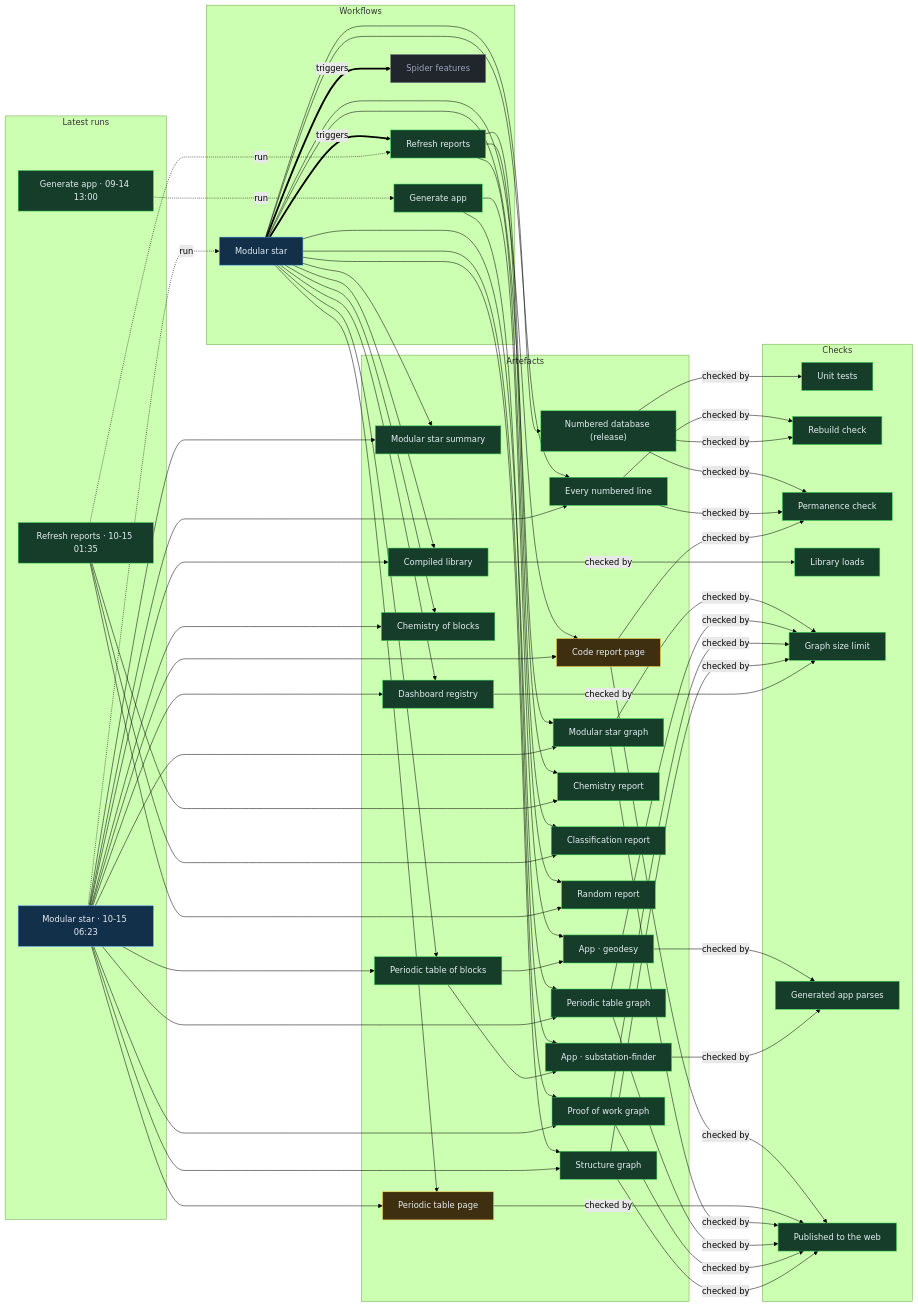
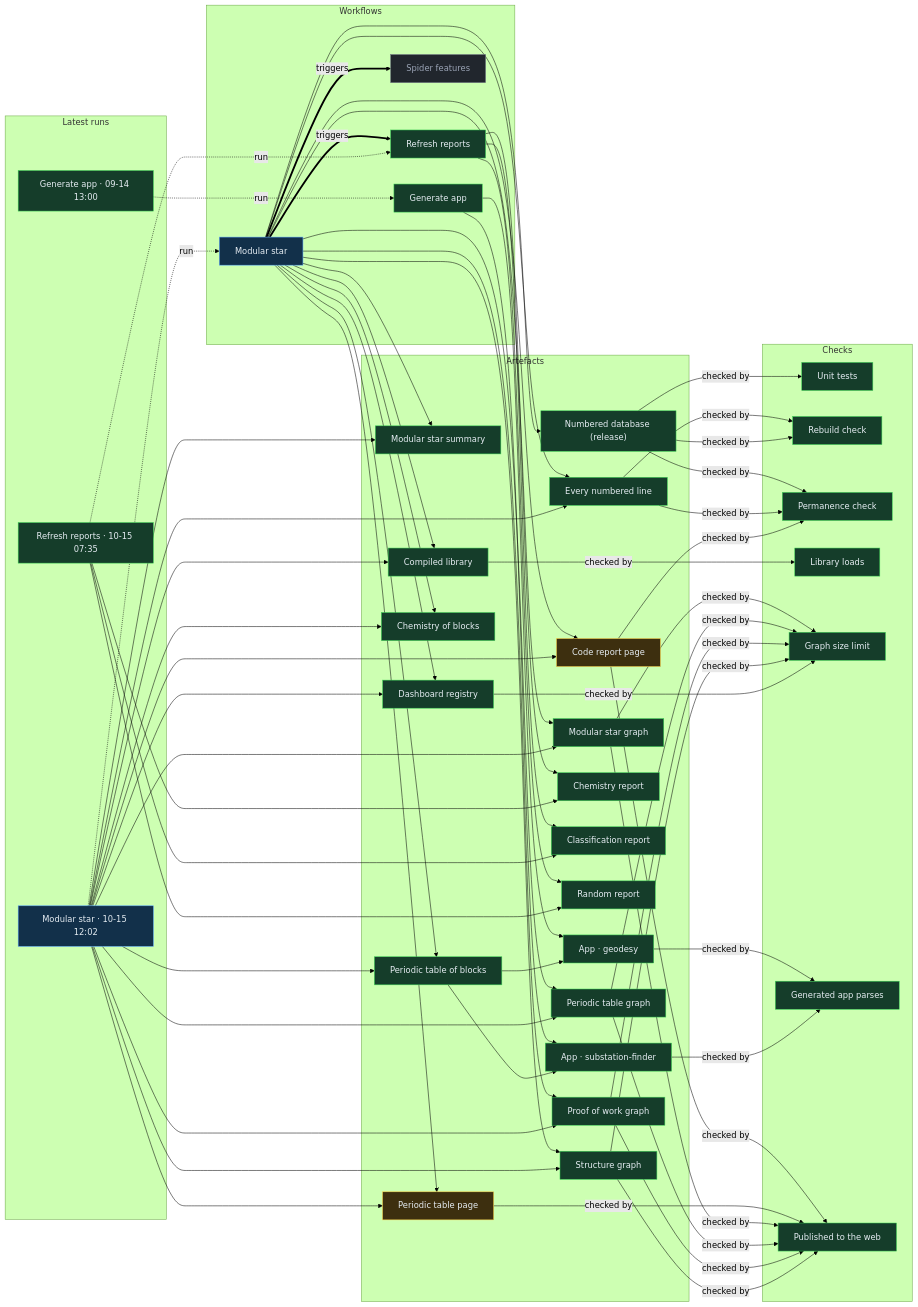
Before and after one commit to Ventusltd/stars: the diagram in proof/PROOF.md, drawn with Mermaid (forest theme). The commit also changed other lines of this file and 46 other files, not shown here.

Commit message:
Modular star 2026-10-15T12:05Z

```diff
--- a/proof/PROOF.md
+++ b/proof/PROOF.md
@@ -24,8 +24,8 @@
   n_wf_spider_features["Spider features"]:::off
   end
   subgraph g_runs["Latest runs"]
-  n_run_38692076865["Modular star · 10-15 06:23"]:::live
-  n_run_38666448083["Refresh reports · 10-15 01:35"]:::ok
+  n_run_38731701589["Modular star · 10-15 12:02"]:::live
+  n_run_38699749460["Refresh reports · 10-15 07:35"]:::ok
   n_run_34846587798["Generate app · 09-14 13:00"]:::ok
   end
   subgraph g_artefacts["Artefacts"]
@@ -59,39 +59,39 @@
   end
   n_wf_modular_star == triggers ==> n_wf_refresh
   n_wf_modular_star == triggers ==> n_wf_spider_features
-  n_run_38692076865 -. run .-> n_wf_modular_star
-  n_run_38666448083 -. run .-> n_wf_refresh
+  n_run_38731701589 -. run .-> n_wf_modular_star
+  n_run_38699749460 -. run .-> n_wf_refresh
   n_run_34846587798 -. run .-> n_wf_generate
   n_wf_modular_star --> n_art_summary
-  n_run_38692076865 --> n_art_summary
+  n_run_38731701589 --> n_art_summary
   n_wf_modular_star --> n_art_lines
-  n_run_38692076865 --> n_art_lines
+  n_run_38731701589 --> n_art_lines
   n_wf_modular_star --> n_art_code
-  n_run_38692076865 --> n_art_code
+  n_run_38731701589 --> n_art_code
   n_wf_modular_star --> n_art_modular_graph
-  n_run_38692076865 --> n_art_modular_graph
+  n_run_38731701589 --> n_art_modular_graph
   n_wf_modular_star --> n_art_blocks
-  n_run_38692076865 --> n_art_blocks
+  n_run_38731701589 --> n_art_blocks
   n_wf_modular_star --> n_art_table
-  n_run_38692076865 --> n_art_table
+  n_run_38731701589 --> n_art_table
   n_wf_modular_star --> n_art_blocks_graph
-  n_run_38692076865 --> n_art_blocks_graph
+  n_run_38731701589 --> n_art_blocks_graph
   n_wf_modular_star --> n_art_reactions
-  n_run_38692076865 --> n_art_reactions
+  n_run_38731701589 --> n_art_reactions
   n_wf_modular_star --> n_art_library
-  n_run_38692076865 --> n_art_library
+  n_run_38731701589 --> n_art_library
   n_wf_modular_star --> n_art_features
-  n_run_38692076865 --> n_art_features
+  n_run_38731701589 --> n_art_features
   n_wf_modular_star --> n_art_proof
-  n_run_38692076865 --> n_art_proof
+  n_run_38731701589 --> n_art_proof
   n_wf_modular_star --> n_art_structure
-  n_run_38692076865 --> n_art_structure
+  n_run_38731701589 --> n_art_structure
   n_wf_refresh --> n_art_chemistry
-  n_run_38666448083 --> n_art_chemistry
+  n_run_38699749460 --> n_art_chemistry
   n_wf_refresh --> n_art_vedic
-  n_run_38666448083 --> n_art_vedic
+  n_run_38699749460 --> n_art_vedic
   n_wf_refresh --> n_art_random
-  n_run_38666448083 --> n_art_random
+  n_run_38699749460 --> n_art_random
   n_wf_modular_star --> n_art_release
   n_wf_generate --> n_app_geodesy
   n_art_blocks --> n_app_geodesy
```
